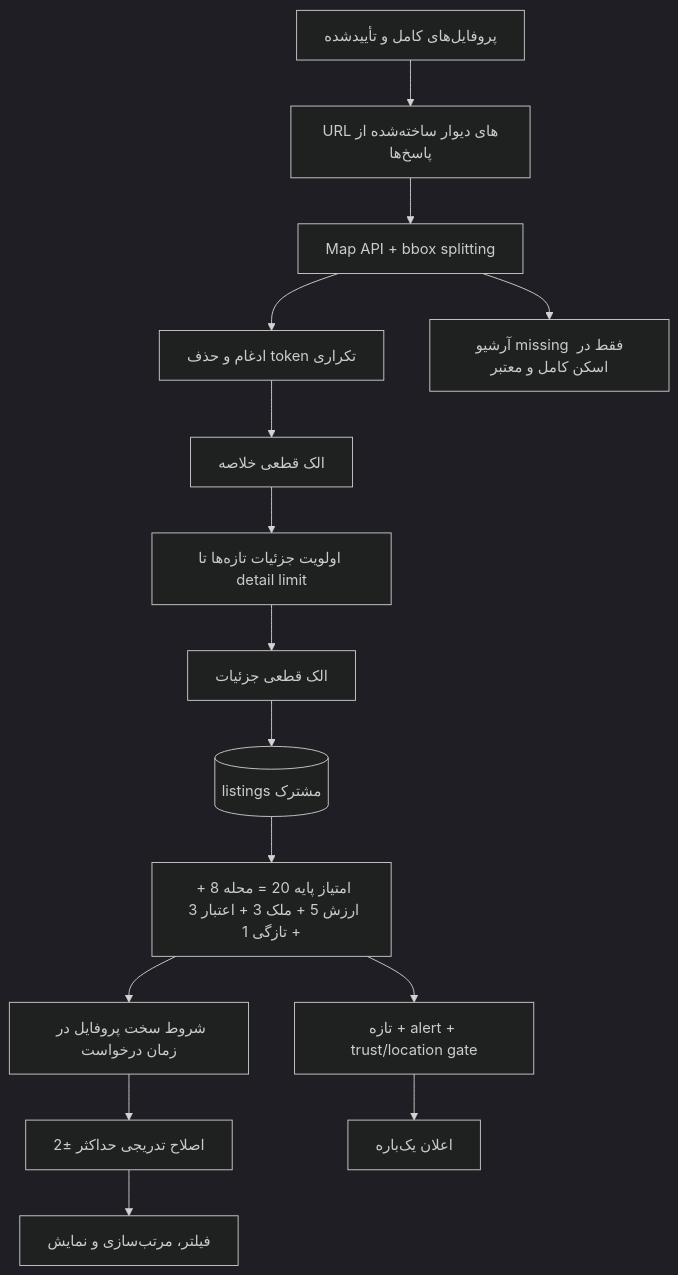
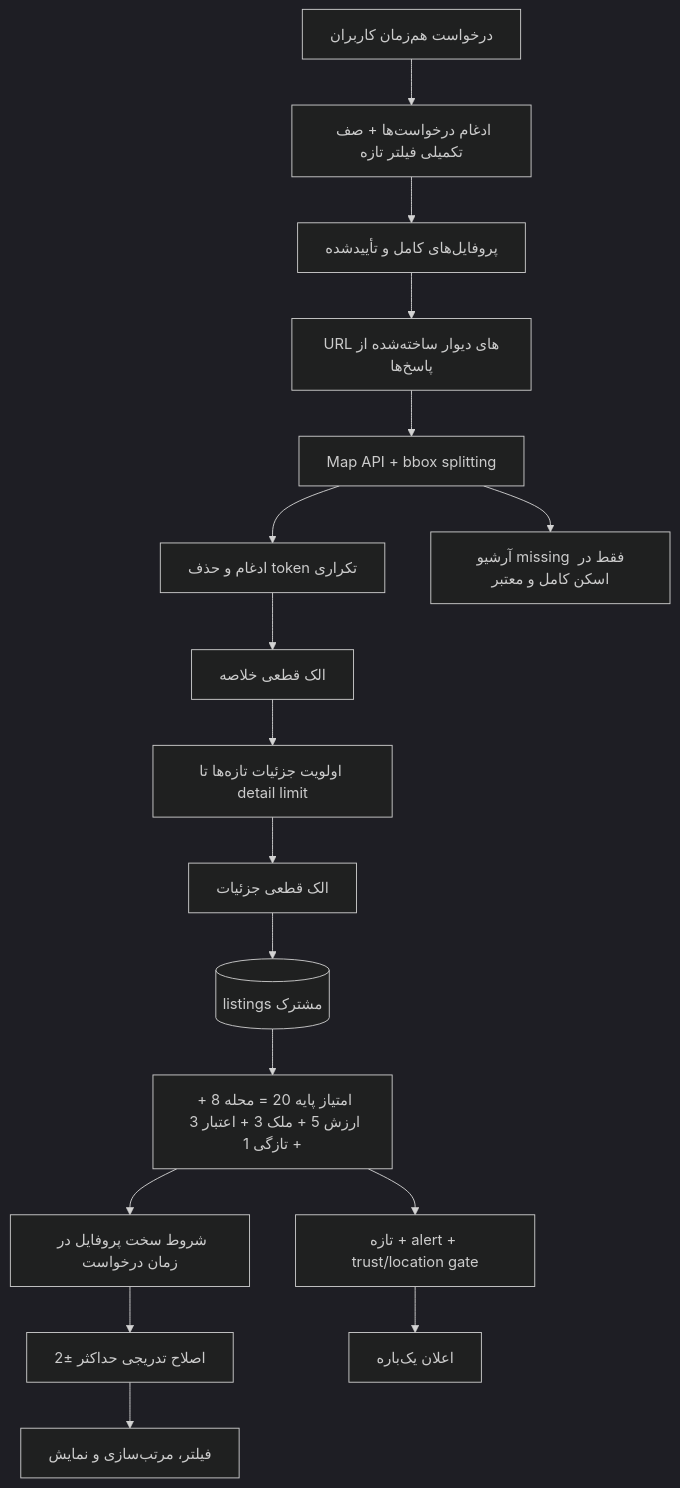
One commit to mohsen8209/khaneh-yab-public changed the third of 5 diagrams in ARCHITECTURE.md. Above: the diagram before and after it, drawn with Mermaid (dark theme). The commit also changed other lines of this file and 8 other files, not shown here.

````diff
--- a/ARCHITECTURE.md
+++ b/ARCHITECTURE.md
@@ -68,17 +68,19 @@
 ```mermaid
 flowchart TD
-    Profiles[پروفایل‌های کامل و تأییدشده] --> URLs[URLهای دیوار ساخته‌شده از پاسخ‌ها]
+    Requests[درخواست هم‌زمان کاربران] --> Queue[ادغام درخواست‌ها + صف تکمیلی فیلتر تازه]
+    Queue --> Profiles[پروفایل‌های کامل و تأییدشده]
+    Profiles --> URLs[URLهای دیوار ساخته‌شده از پاسخ‌ها]
     URLs --> Map[Map API + bbox splitting]
     Map --> Merge[ادغام و حذف token تکراری]
     Merge --> Early[الک قطعی خلاصه]
     Early --> Details[اولویت جزئیات تازه‌ها تا detail limit]
     Details --> HardSpam[الک قطعی جزئیات]
     HardSpam --> Store[(listings مشترک)]
     Store --> Base[امتیاز پایه 20 = محله 8 + ارزش 5 + ملک 3 + اعتبار 3 + تازگی 1]
     Base --> UserScope[شروط سخت پروفایل در زمان درخواست]
     UserScope --> Personal[اصلاح تدریجی حداکثر ±2]
     Personal --> Dashboard[فیلتر، مرتب‌سازی و نمایش]
     Base --> NotifyGate[تازه + alert + trust/location gate]
     NotifyGate --> Ntfy[اعلان یک‌باره]
     Map --> Archive[آرشیو missing فقط در اسکن کامل و معتبر]
 ```
````
